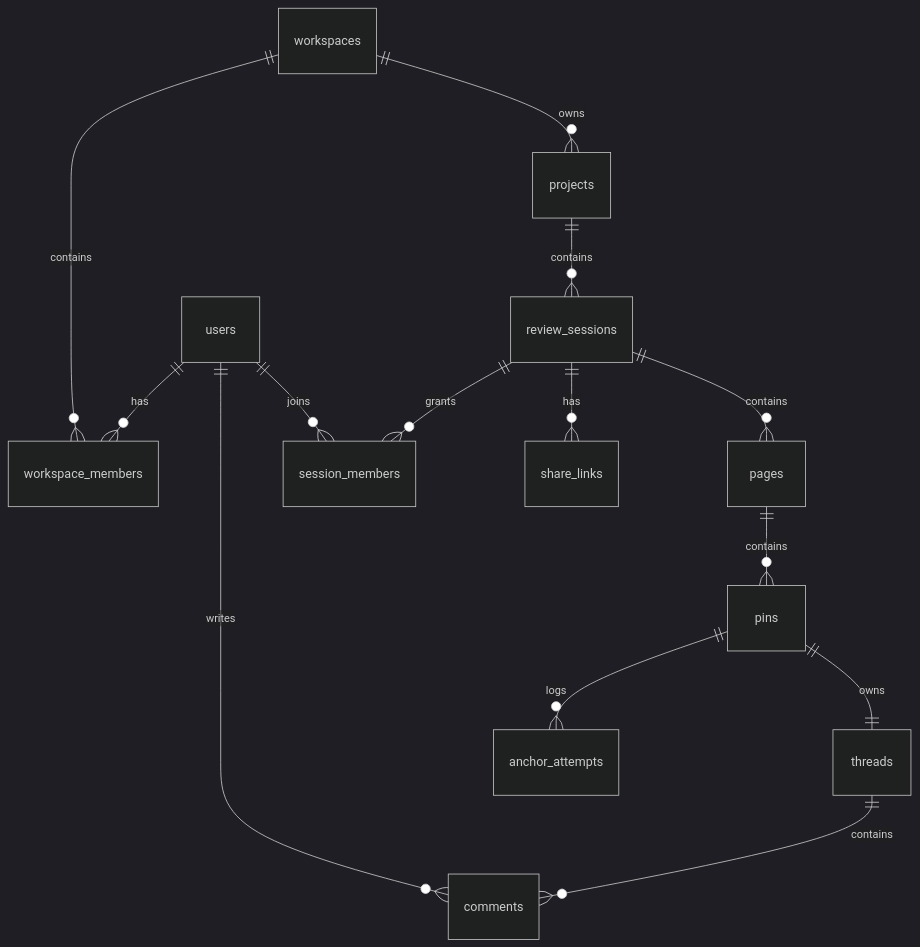
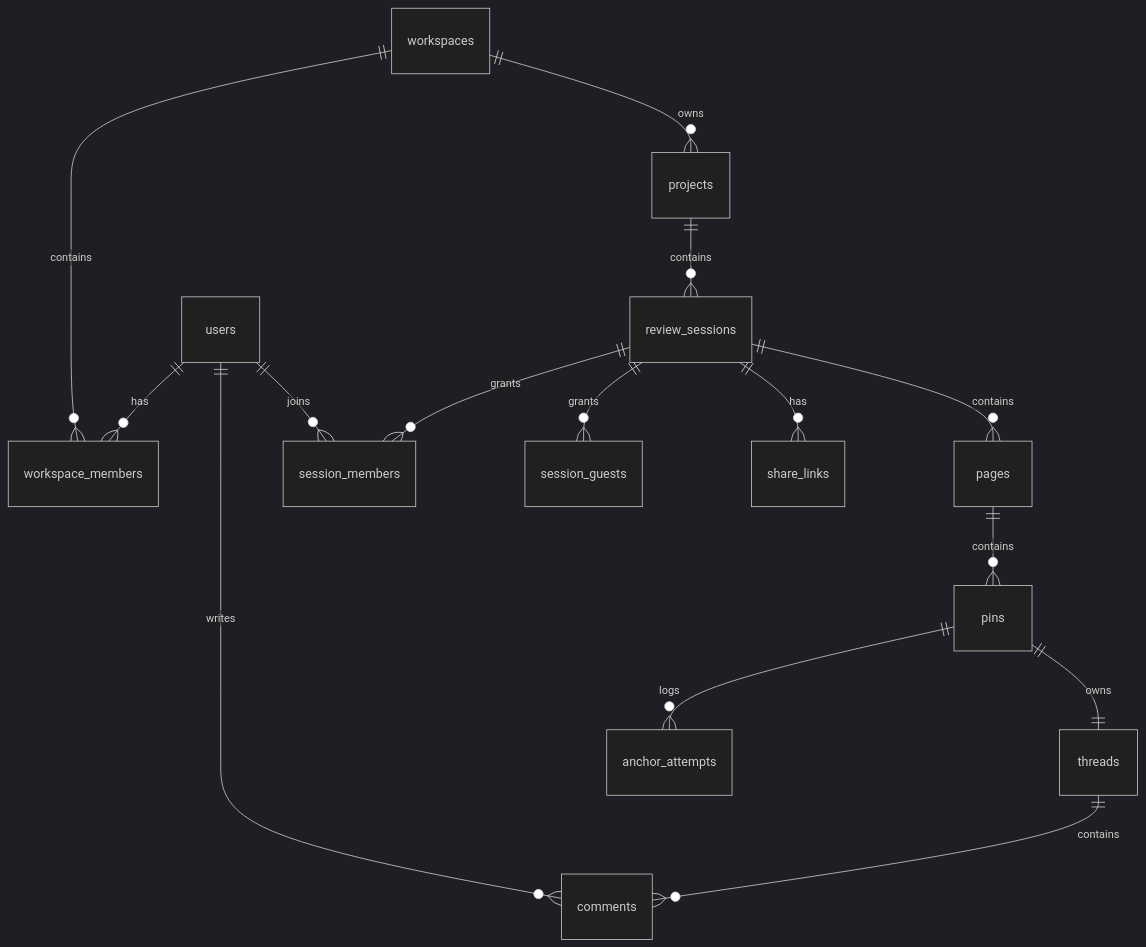
One commit to eleanorewu/webcomment changed the diagram in docs/06_DATABASE_ERD.md. Above: the diagram before and after it, drawn with Mermaid (dark theme). The commit also changed other lines of this file and 3 other files, not shown here.

Commit message:
docs: align guest review session architecture

````diff
--- a/docs/06_DATABASE_ERD.md
+++ b/docs/06_DATABASE_ERD.md
@@ -15,16 +15,17 @@
 ```mermaid
 erDiagram
   users ||--o{ workspace_members : has
   workspaces ||--o{ workspace_members : contains
   workspaces ||--o{ projects : owns
   projects ||--o{ review_sessions : contains
   review_sessions ||--o{ pages : contains
   pages ||--o{ pins : contains
   pins ||--|| threads : owns
   threads ||--o{ comments : contains
   users ||--o{ comments : writes
   review_sessions ||--o{ session_members : grants
+  review_sessions ||--o{ session_guests : grants
   users ||--o{ session_members : joins
   review_sessions ||--o{ share_links : has
   pins ||--o{ anchor_attempts : logs
 ```
````
